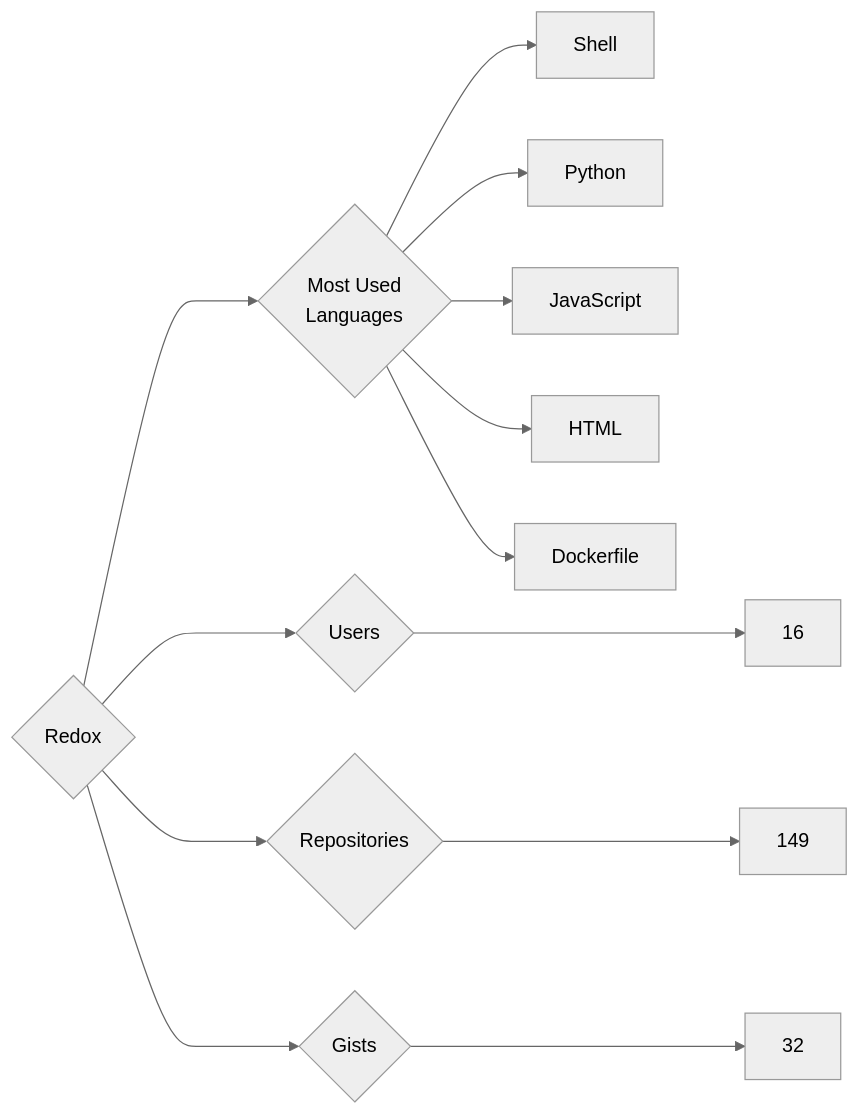
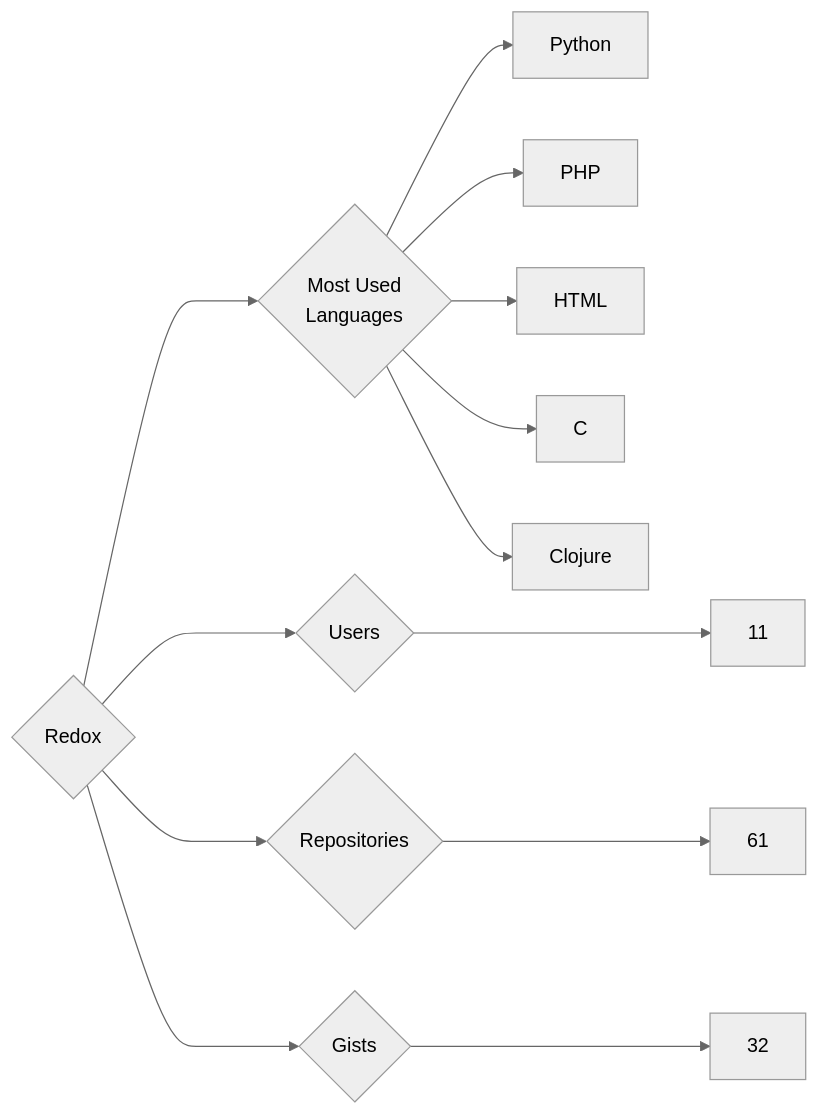
One commit to trickest/insiders changed the diagram in targets/Redox/README.md. Above: the diagram before and after it, drawn with Mermaid (neutral theme). The commit also changed 715 other files, not shown here.

````diff
--- a/targets/Redox/README.md
+++ b/targets/Redox/README.md
@@ -3,13 +3,13 @@
 ```mermaid
 graph LR
 COMPANY_NAME{Redox}
-COMPANY_NAME ---> U{Users} ---> UN[16]
-COMPANY_NAME ---> R{Repositories} ---> RN[149]
+COMPANY_NAME ---> U{Users} ---> UN[11]
+COMPANY_NAME ---> R{Repositories} ---> RN[61]
 COMPANY_NAME ---> G{Gists} ---> GN[32]
 COMPANY_NAME ---> ML{Most Used<br>Languages}
-ML --> Shell[Shell]
 ML --> Python[Python]
-ML --> JavaScript[JavaScript]
+ML --> PHP[PHP]
 ML --> HTML[HTML]
-ML --> Dockerfile[Dockerfile]
+ML --> C[C]
+ML --> Clojure[Clojure]
 ```
````
